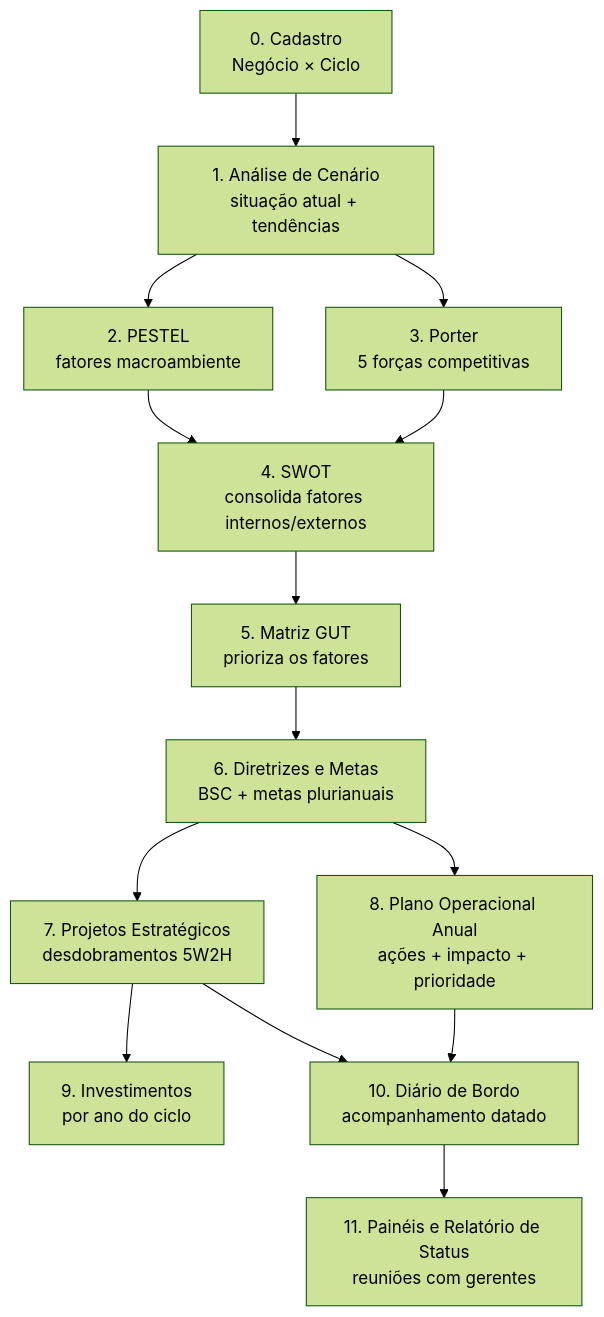
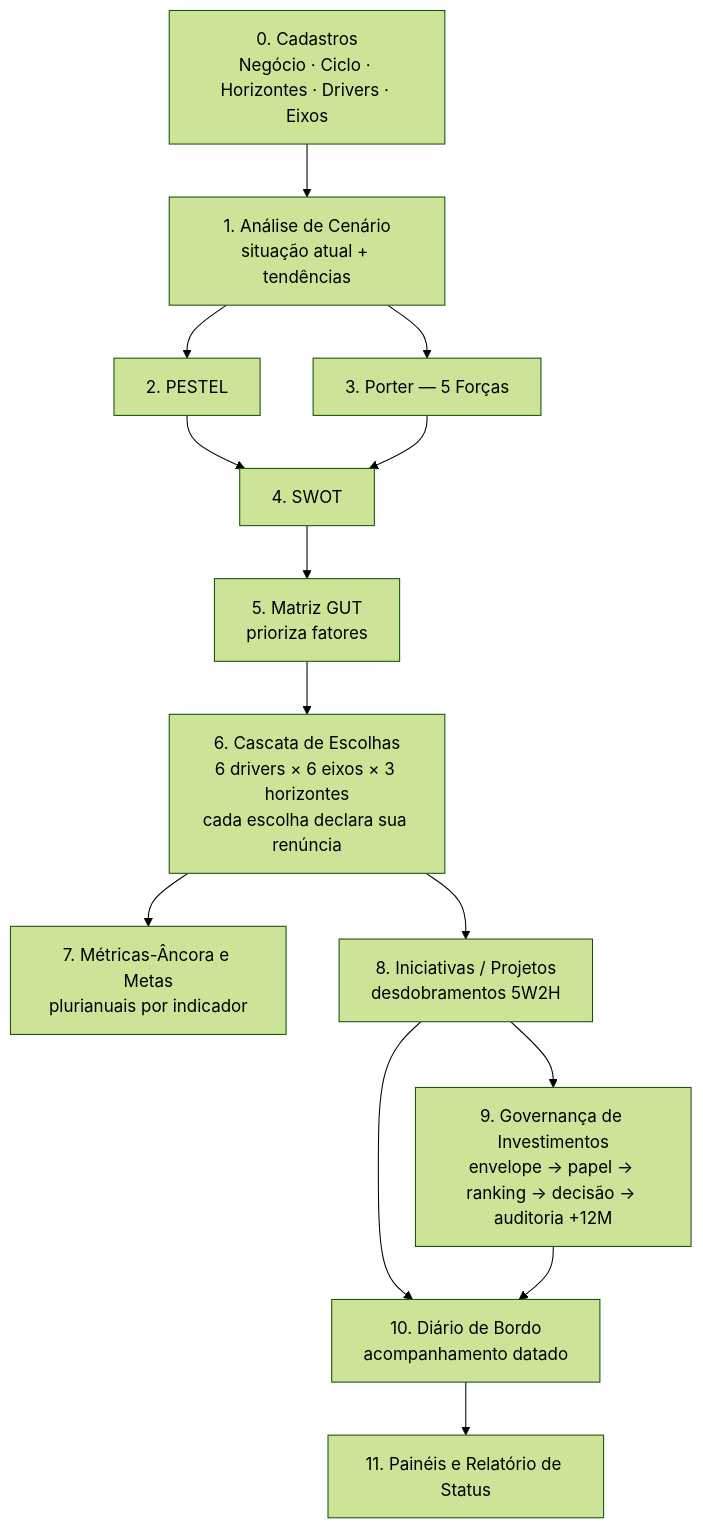
Before and after one commit to Trmartello/Controladoria: the diagram in docs/PLANEJAMENTO-SISTEMA.md, drawn with Mermaid (forest theme). The commit also changed other lines of this file, not shown here.

First line of the commit message:
Reestrutura arquitetura para o modelo de drivers e horizontes

````diff
--- a/docs/PLANEJAMENTO-SISTEMA.md
+++ b/docs/PLANEJAMENTO-SISTEMA.md
@@ -16,16 +16,16 @@
 ```mermaid
 flowchart TD
-    A[0. Cadastro<br>Negócio × Ciclo] --> B[1. Análise de Cenário<br>situação atual + tendências]
-    B --> C[2. PESTEL<br>fatores macroambiente]
-    B --> D[3. Porter<br>5 forças competitivas]
-    C --> E[4. SWOT<br>consolida fatores internos/externos]
+    A[0. Cadastros<br>Negócio · Ciclo · Horizontes · Drivers · Eixos] --> B[1. Análise de Cenário<br>situação atual + tendências]
+    B --> C[2. PESTEL]
+    B --> D[3. Porter — 5 Forças]
+    C --> E[4. SWOT]
     D --> E
-    E --> F[5. Matriz GUT<br>prioriza os fatores]
-    F --> G[6. Diretrizes e Metas<br>BSC + metas plurianuais]
-    G --> H[7. Projetos Estratégicos<br>desdobramentos 5W2H]
-    G --> I[8. Plano Operacional Anual<br>ações + impacto + prioridade]
-    H --> J[9. Investimentos<br>por ano do ciclo]
-    H --> K[10. Diário de Bordo<br>acompanhamento datado]
-    I --> K
-    K --> L[11. Painéis e Relatório de Status<br>reuniões com gerentes]
+    E --> F[5. Matriz GUT<br>prioriza fatores]
+    F --> G[6. Cascata de Escolhas<br>6 drivers × 6 eixos × 3 horizontes<br>cada escolha declara sua renúncia]
+    G --> H[7. Métricas-Âncora e Metas<br>plurianuais por indicador]
+    G --> I[8. Iniciativas / Projetos<br>desdobramentos 5W2H]
+    I --> J[9. Governança de Investimentos<br>envelope → papel → ranking → decisão → auditoria +12M]
+    I --> K[10. Diário de Bordo<br>acompanhamento datado]
+    J --> K
+    K --> L[11. Painéis e Relatório de Status]
 ```
````
